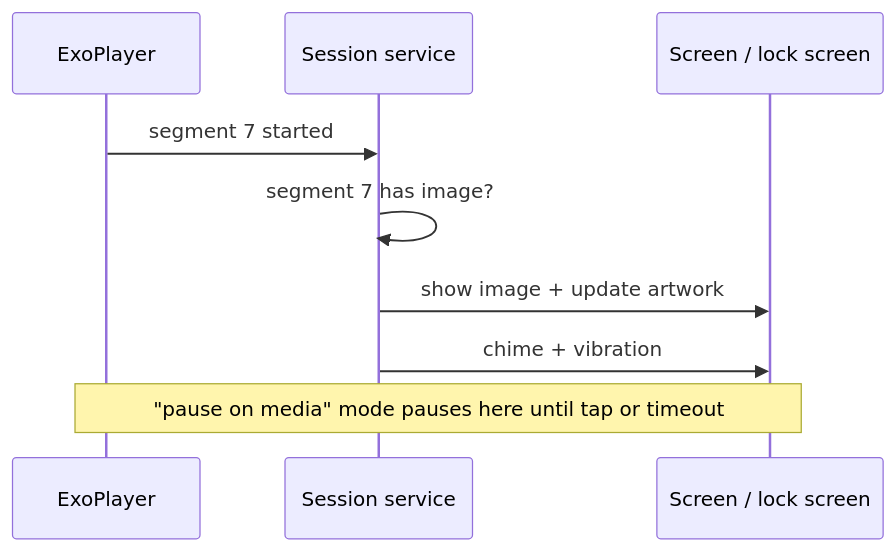
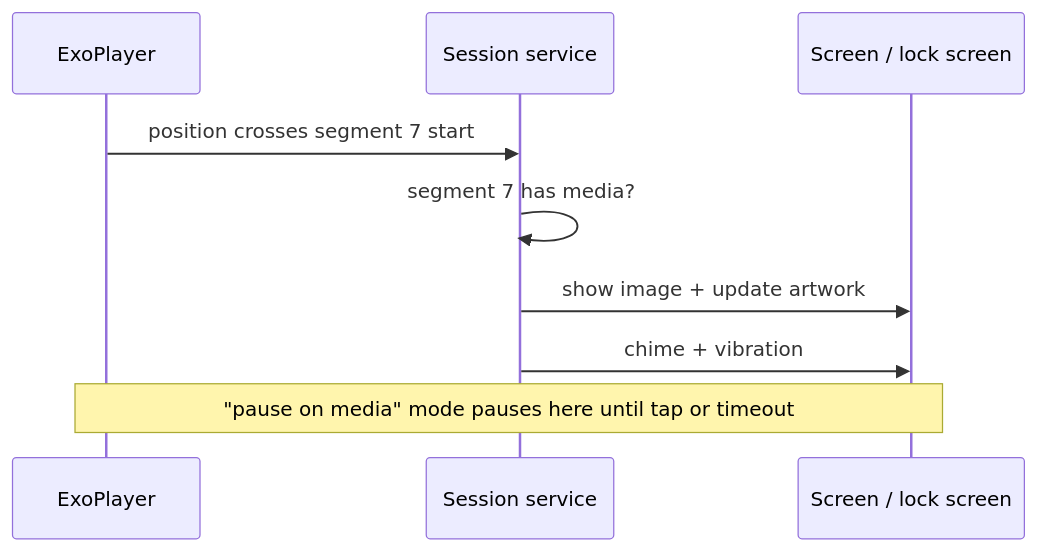
The second of 2 diagrams in .docs/architecture.md (nahueltaibo/article-to-podcast), drawn with Mermaid before and after one commit. The commit also changed other lines of this file and 4 other files, not shown here.

````diff
--- a/.docs/architecture.md
+++ b/.docs/architecture.md
@@ -70,11 +99,11 @@
 ```mermaid
 sequenceDiagram
     participant P as ExoPlayer
     participant S as Session service
     participant UI as Screen / lock screen
-    P->>S: segment 7 started
-    S->>S: segment 7 has image?
+    P->>S: position crosses segment 7 start
+    S->>S: segment 7 has media?
     S->>UI: show image + update artwork
     S->>UI: chime + vibration
     Note over P,UI: "pause on media" mode pauses here until tap or timeout
 ```
````
